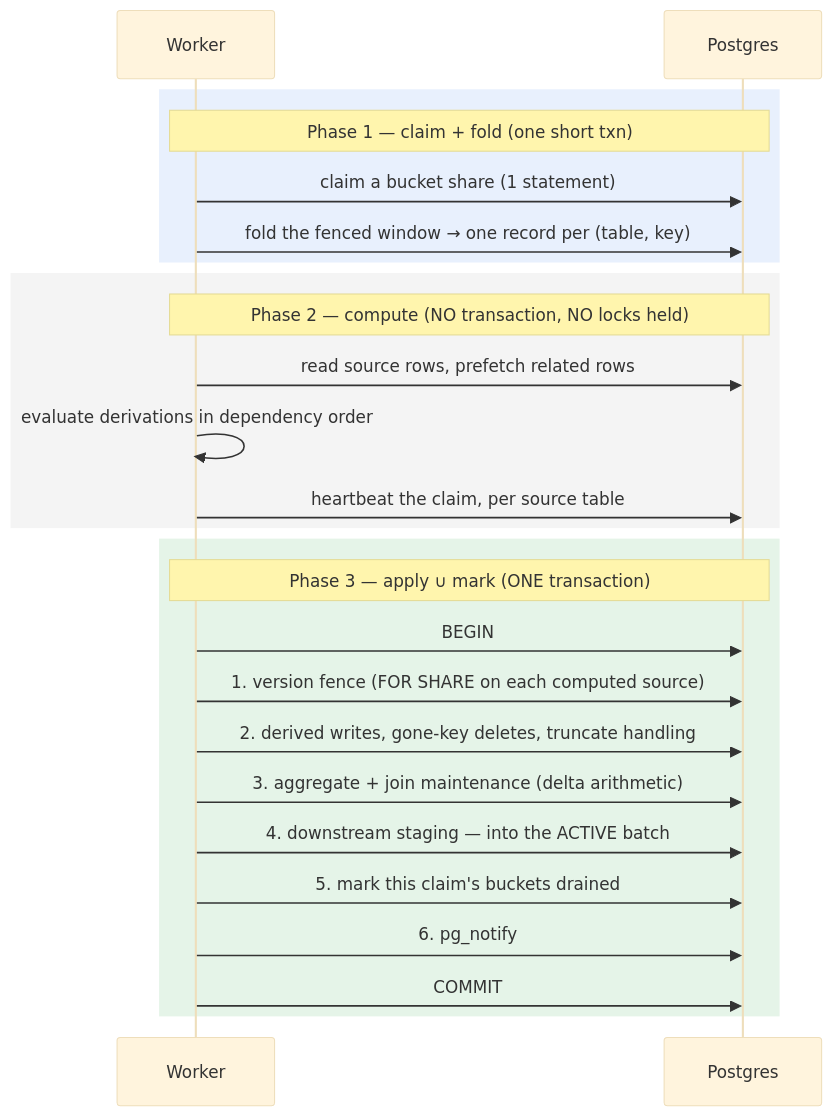
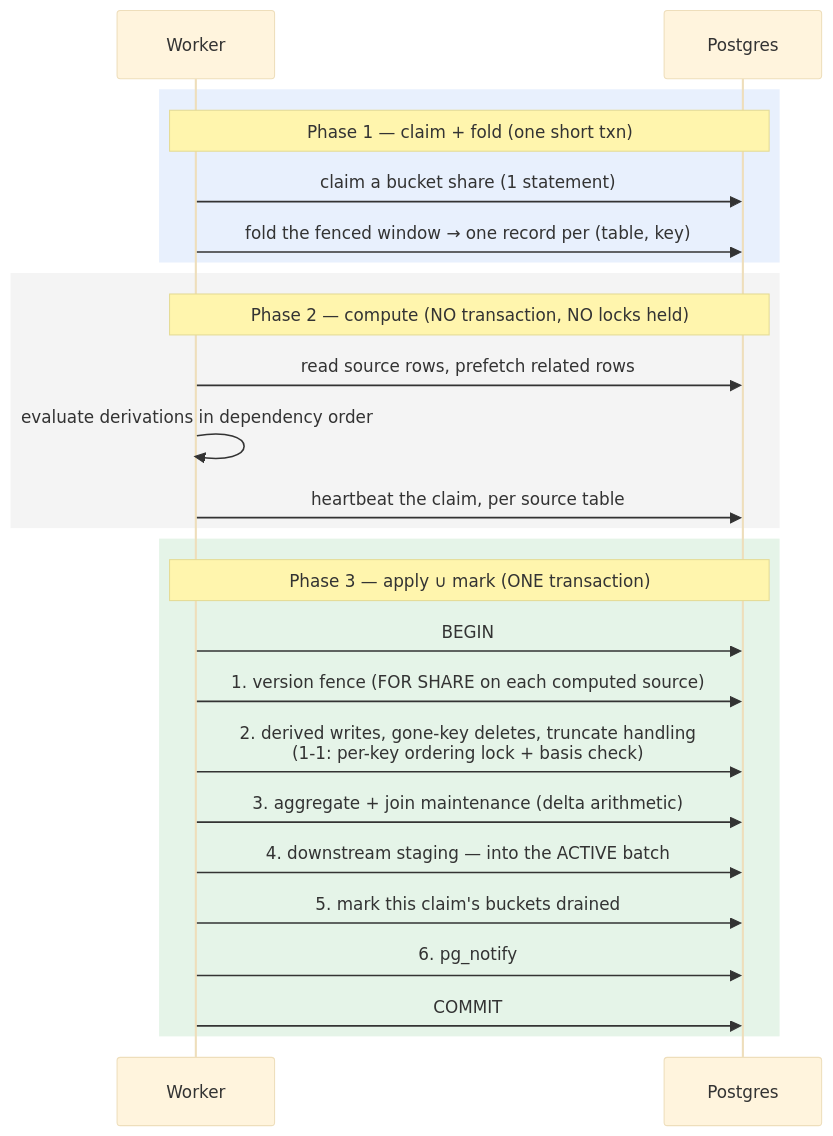
The diagram in docs/staging-and-claiming/05-apply-and-exactly-once-deltas.md (mmmries/trellis), drawn with Mermaid (base theme) before and after one commit. The commit also changed other lines of this file and 7 other files, not shown here.

````diff
--- a/docs/staging-and-claiming/05-apply-and-exactly-once-deltas.md
+++ b/docs/staging-and-claiming/05-apply-and-exactly-once-deltas.md
@@ -15,30 +15,30 @@
 ```mermaid
 sequenceDiagram
     participant W as Worker
     participant DB as Postgres
 
     rect rgb(31,111,235,0.10)
     Note over W,DB: Phase 1 — claim + fold (one short txn)
     W->>DB: claim a bucket share (1 statement)
     W->>DB: fold the fenced window → one record per (table, key)
     end
 
     rect rgb(160,160,160,0.12)
     Note over W,DB: Phase 2 — compute (NO transaction, NO locks held)
     W->>DB: read source rows, prefetch related rows
     W->>W: evaluate derivations in dependency order
     W->>DB: heartbeat the claim, per source table
     end
 
     rect rgb(46,160,67,0.12)
     Note over W,DB: Phase 3 — apply ∪ mark (ONE transaction)
     W->>DB: BEGIN
     W->>DB: 1. version fence (FOR SHARE on each computed source)
-    W->>DB: 2. derived writes, gone-key deletes, truncate handling
+    W->>DB: 2. derived writes, gone-key deletes, truncate handling<br/>(1-1: per-key ordering lock + basis check)
     W->>DB: 3. aggregate + join maintenance (delta arithmetic)
     W->>DB: 4. downstream staging — into the ACTIVE batch
     W->>DB: 5. mark this claim's buckets drained
     W->>DB: 6. pg_notify
     W->>DB: COMMIT
     end
 ```
````
